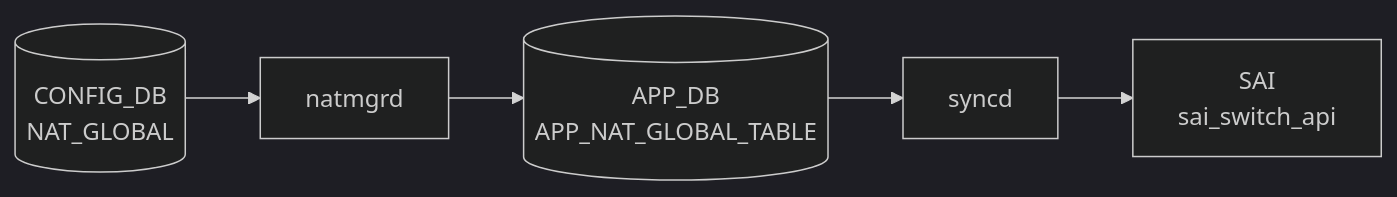
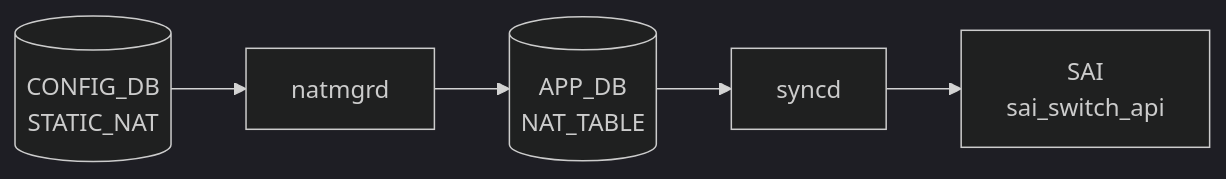
The diagram in docs/reference/config-db/nat-static.md (aoki-taquan/sonic-unofficial-docs), drawn with Mermaid (dark theme) before and after one commit. The commit also changed 3 other files, not shown here.

First line of the commit message:
review: batch 097 NAT docs — fix mermaid table refs and nat_type default ambiguity

````diff
--- a/docs/reference/config-db/nat-static.md
+++ b/docs/reference/config-db/nat-static.md
@@ -40,12 +40,12 @@
 ```mermaid
 flowchart LR
-  CDB[("CONFIG_DB<br/>NAT_GLOBAL")]
+  CDB[("CONFIG_DB<br/>STATIC_NAT")]
   DM["natmgrd"]
   CDB --> DM
-  APPDB[("APP_DB<br/>APP_NAT_GLOBAL_TABLE")]
+  APPDB[("APP_DB<br/>NAT_TABLE")]
   DM --> APPDB
   SYNCD["syncd"]
   APPDB --> SYNCD
   SAI["SAI<br/>sai_switch_api"]
   SYNCD --> SAI
 ```
````
